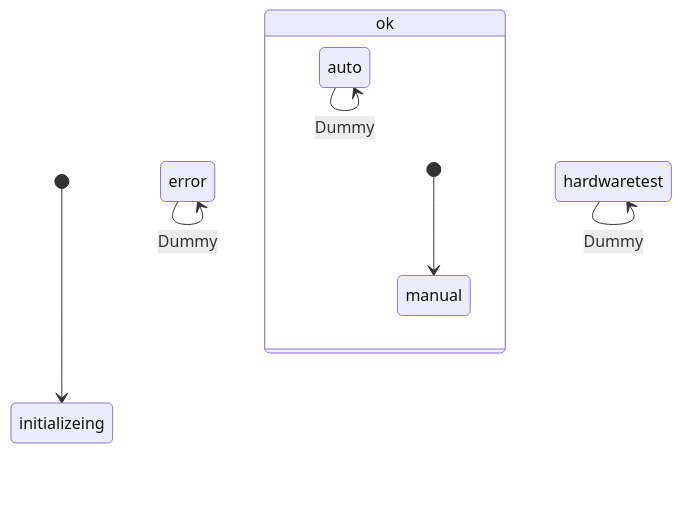
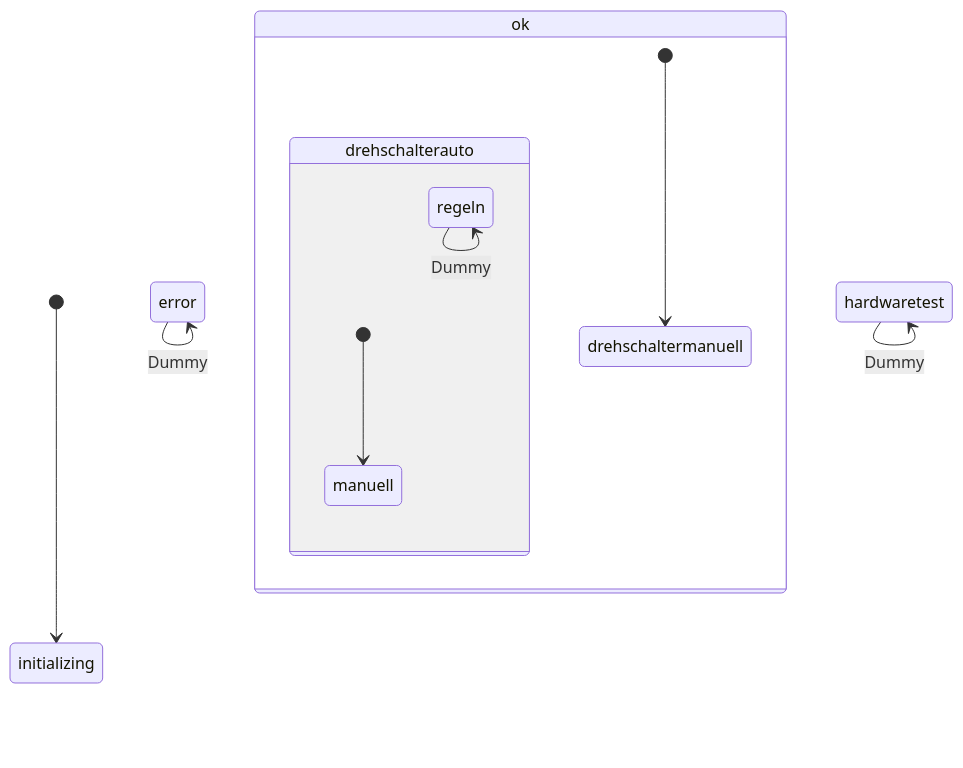
One commit to petermaerki/puenterswis_heizung_2023_git changed the diagram in steuerung_automatik/software-zentral/log/statemachine_HsmZentral.md. Above: the diagram before and after it, drawn with Mermaid. The commit also changed 21 other files, not shown here.

````diff
--- a/steuerung_automatik/software-zentral/log/statemachine_HsmZentral.md
+++ b/steuerung_automatik/software-zentral/log/statemachine_HsmZentral.md
@@ -1,27 +1,34 @@
 ```mermaid
 stateDiagram-v2
     error: error
     state error
     error --> error: Dummy
 
     hardwaretest: hardwaretest
     state hardwaretest
     hardwaretest --> hardwaretest: Dummy
 
-    initializeing: initializeing
-    state initializeing
+    initializing: initializing
+    state initializing
 
     ok: ok
     state ok {
-        ok_auto: auto
-        state ok_auto
-        ok_auto --> ok_auto: Dummy
+        ok_drehschalterauto: drehschalterauto
+        state ok_drehschalterauto {
+            ok_drehschalterauto_manuell: manuell
+            state ok_drehschalterauto_manuell
 
-        ok_manual: manual
-        state ok_manual
-        [*] --> ok_manual
+            ok_drehschalterauto_regeln: regeln
+            state ok_drehschalterauto_regeln
+            ok_drehschalterauto_regeln --> ok_drehschalterauto_regeln: Dummy
+            [*] --> ok_drehschalterauto_manuell
+        }
+
+        ok_drehschaltermanuell: drehschaltermanuell
+        state ok_drehschaltermanuell
+        [*] --> ok_drehschaltermanuell
     }
-    [*] --> initializeing
+    [*] --> initializing
 
     %% Transitions
 ```
````
